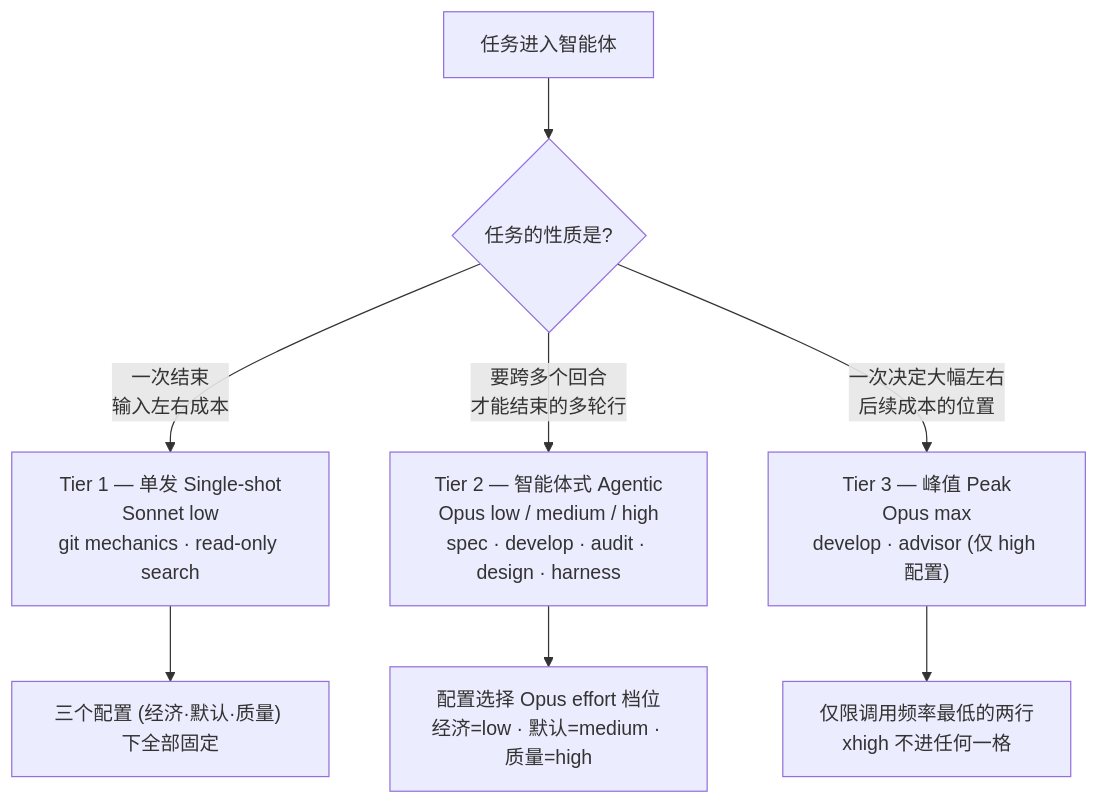
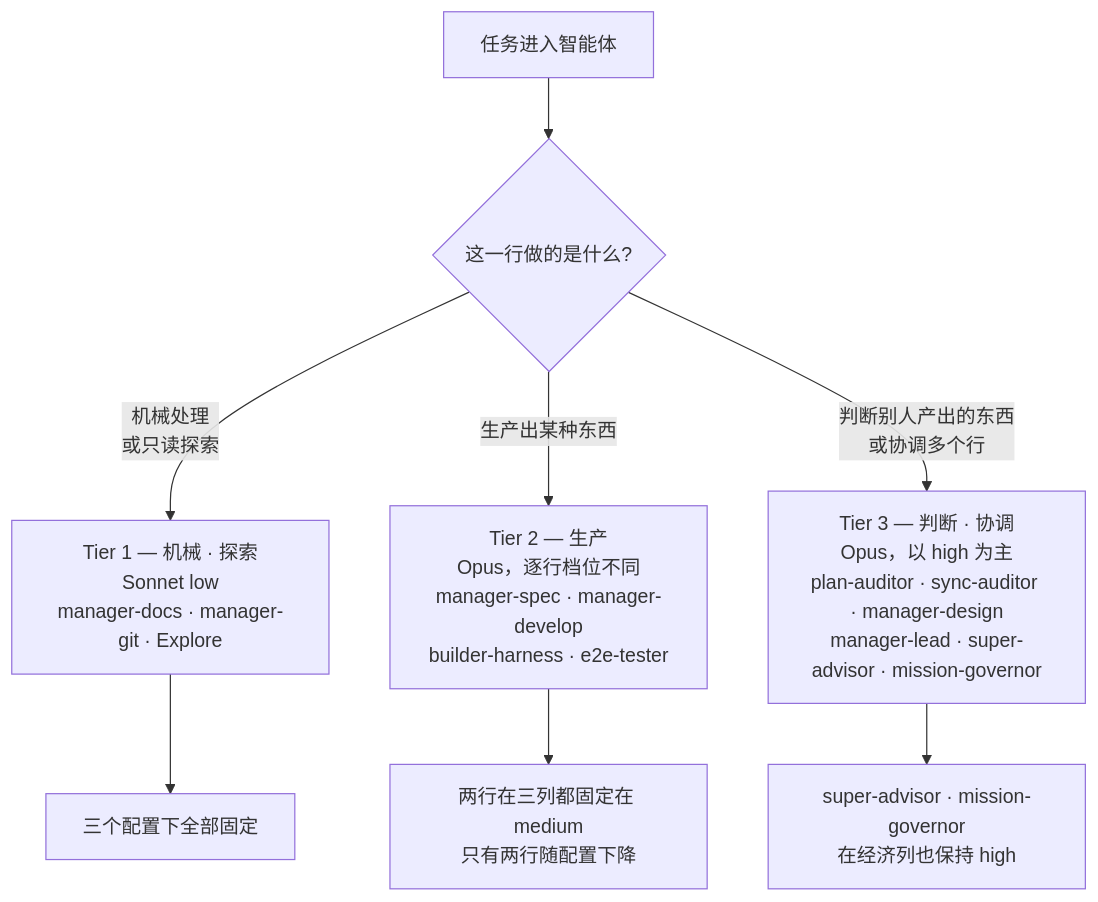
One commit to modu-ai/moai-adk changed the second of 2 diagrams in docs-site/content/zh/advanced/no-haiku-3tier.md. Above: the diagram before and after it, drawn with Mermaid. The commit also changed other lines of this file and 3 other files, not shown here.

````diff
--- a/docs-site/content/zh/advanced/no-haiku-3tier.md
+++ b/docs-site/content/zh/advanced/no-haiku-3tier.md
@@ -72,15 +72,15 @@
 ```mermaid
 flowchart TD
-    START["任务进入智能体"] --> Q{"任务的性质是?"}
-    Q -- "一次结束<br/>输入左右成本" --> T1
-    Q -- "要跨多个回合<br/>才能结束的多轮行" --> T2
-    Q -- "一次决定大幅左右<br/>后续成本的位置" --> T3
+    START["任务进入智能体"] --> Q{"这一行做的是什么?"}
+    Q -- "机械处理<br/>或只读探索" --> T1
+    Q -- "生产出某种东西" --> T2
+    Q -- "判断别人产出的东西<br/>或协调多个行" --> T3
 
-    T1["Tier 1 — 单发 Single-shot<br/>Sonnet low<br/>git mechanics · read-only search"]
-    T2["Tier 2 — 智能体式 Agentic<br/>Opus low / medium / high<br/>spec · develop · audit · design · harness"]
-    T3["Tier 3 — 峰值 Peak<br/>Opus max<br/>develop · advisor (仅 high 配置)"]
+    T1["Tier 1 — 机械 · 探索<br/>Sonnet low<br/>manager-docs · manager-git · Explore"]
+    T2["Tier 2 — 生产<br/>Opus，逐行档位不同<br/>manager-spec · manager-develop<br/>builder-harness · e2e-tester"]
+    T3["Tier 3 — 判断 · 协调<br/>Opus，以 high 为主<br/>plan-auditor · sync-auditor · manager-design<br/>manager-lead · super-advisor · mission-governor"]
 
-    T1 --> NOTE["三个配置 (经济·默认·质量) 下全部固定"]
-    T2 --> NOTE2["配置选择 Opus effort 档位<br/>经济=low · 默认=medium · 质量=high"]
-    T3 --> NOTE3["仅限调用频率最低的两行<br/>xhigh 不进任何一格"]
+    T1 --> NOTE["三个配置下全部固定"]
+    T2 --> NOTE2["两行在三列都固定在 medium<br/>只有两行随配置下降"]
+    T3 --> NOTE3["super-advisor · mission-governor<br/>在经济列也保持 high"]
 ```
````
